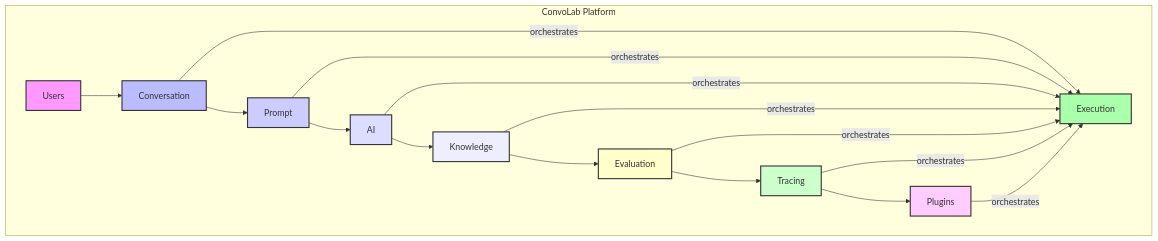
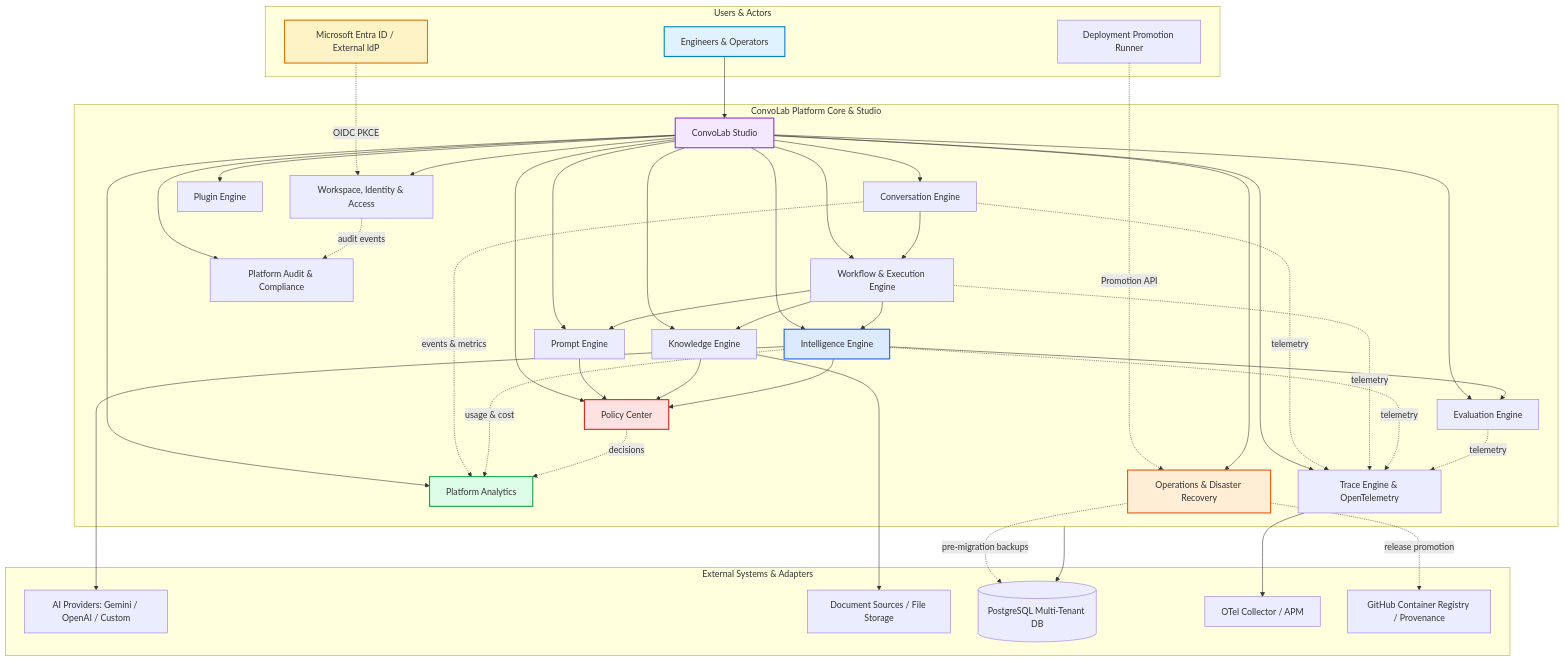
The diagram in docs/diagrams/context_diagram.mmd (kevinkutoane/convolab), drawn with Mermaid before and after one commit. The commit also changed 10 other files, not shown here.

Commit message:
docs: add comprehensive architecture documentation, capabilities, and system diagrams

```diff
--- a/docs/diagrams/context_diagram.mmd
+++ b/docs/diagrams/context_diagram.mmd
@@ -1,27 +1,82 @@
 graph TD
-    subgraph ConvoLab Platform
-        A[Users] --> B[Conversation]
-        B --> C[Prompt]
-        C --> D[AI]
-        D --> E[Knowledge]
-        E --> F[Evaluation]
-        F --> G[Tracing]
-        G --> H[Plugins]
-        B -- orchestrates --> I[Execution]
-        C -- orchestrates --> I
-        D -- orchestrates --> I
-        E -- orchestrates --> I
-        F -- orchestrates --> I
-        G -- orchestrates --> I
-        H -- orchestrates --> I
+    subgraph UsersAndClients[Users & Actors]
+        Users[Engineers & Operators]
+        ExternalIdP[Microsoft Entra ID / External IdP]
+        DeploymentRunner[Deployment Promotion Runner]
     end
 
-    style A fill:#f9f,stroke:#333,stroke-width:2px
-    style B fill:#bbf,stroke:#333,stroke-width:2px
-    style C fill:#ccf,stroke:#333,stroke-width:2px
-    style D fill:#ddf,stroke:#333,stroke-width:2px
-    style E fill:#eef,stroke:#333,stroke-width:2px
-    style F fill:#ffc,stroke:#333,stroke-width:2px
-    style G fill:#cfc,stroke:#333,stroke-width:2px
-    style H fill:#fcf,stroke:#333,stroke-width:2px
-    style I fill:#afa,stroke:#333,stroke-width:2px
+    subgraph ConvoLabPlatform[ConvoLab Platform Core & Studio]
+        Studio[ConvoLab Studio]
+        IAM[Workspace, Identity & Access]
+        Conv[Conversation Engine]
+        Work[Workflow & Execution Engine]
+        Prompt[Prompt Engine]
+        Intel[Intelligence Engine]
+        Know[Knowledge Engine]
+        Policy[Policy Center]
+        Eval[Evaluation Engine]
+        Trace[Trace Engine & OpenTelemetry]
+        Plug[Plugin Engine]
+        Analytics[Platform Analytics]
+        Ops[Operations & Disaster Recovery]
+        Audit[Platform Audit & Compliance]
+    end
+
+    subgraph ExternalSystems[External Systems & Adapters]
+        LLMs[AI Providers: Gemini / OpenAI / Custom]
+        DocSources[Document Sources / File Storage]
+        PostgreSQL[(PostgreSQL Multi-Tenant DB)]
+        OTelCollector[OTel Collector / APM]
+        GHCR[GitHub Container Registry / Provenance]
+    end
+
+    Users --> Studio
+    ExternalIdP -. OIDC PKCE .-> IAM
+    DeploymentRunner -. Promotion API .-> Ops
+    Studio --> IAM
+    Studio --> Conv
+    Studio --> Work
+    Studio --> Prompt
+    Studio --> Know
+    Studio --> Intel
+    Studio --> Policy
+    Studio --> Eval
+    Studio --> Trace
+    Studio --> Plug
+    Studio --> Analytics
+    Studio --> Ops
+    Studio --> Audit
+
+    Conv --> Work
+    Work --> Know
+    Work --> Prompt
+    Work --> Intel
+    Prompt --> Policy
+    Know --> Policy
+    Intel --> Policy
+    Intel --> Eval
+    Intel --> LLMs
+    Know --> DocSources
+
+    Conv -. events & metrics .-> Analytics
+    Intel -. usage & cost .-> Analytics
+    Policy -. decisions .-> Analytics
+    
+    Conv -. telemetry .-> Trace
+    Work -. telemetry .-> Trace
+    Intel -. telemetry .-> Trace
+    Eval -. telemetry .-> Trace
+    Trace --> OTelCollector
+
+    IAM -. audit events .-> Audit
+    Ops -. pre-migration backups .-> PostgreSQL
+    Ops -. release promotion .-> GHCR
+    ConvoLabPlatform --> PostgreSQL
+
+    style Users fill:#e0f2fe,stroke:#0284c7,stroke-width:2px
+    style ExternalIdP fill:#fef3c7,stroke:#d97706,stroke-width:2px
+    style Studio fill:#f3e8ff,stroke:#9333ea,stroke-width:2px
+    style Intel fill:#dbeafe,stroke:#2563eb,stroke-width:2px
+    style Policy fill:#fee2e2,stroke:#dc2626,stroke-width:2px
+    style Analytics fill:#dcfce7,stroke:#16a34a,stroke-width:2px
+    style Ops fill:#ffedd5,stroke:#ea580c,stroke-width:2px
```
